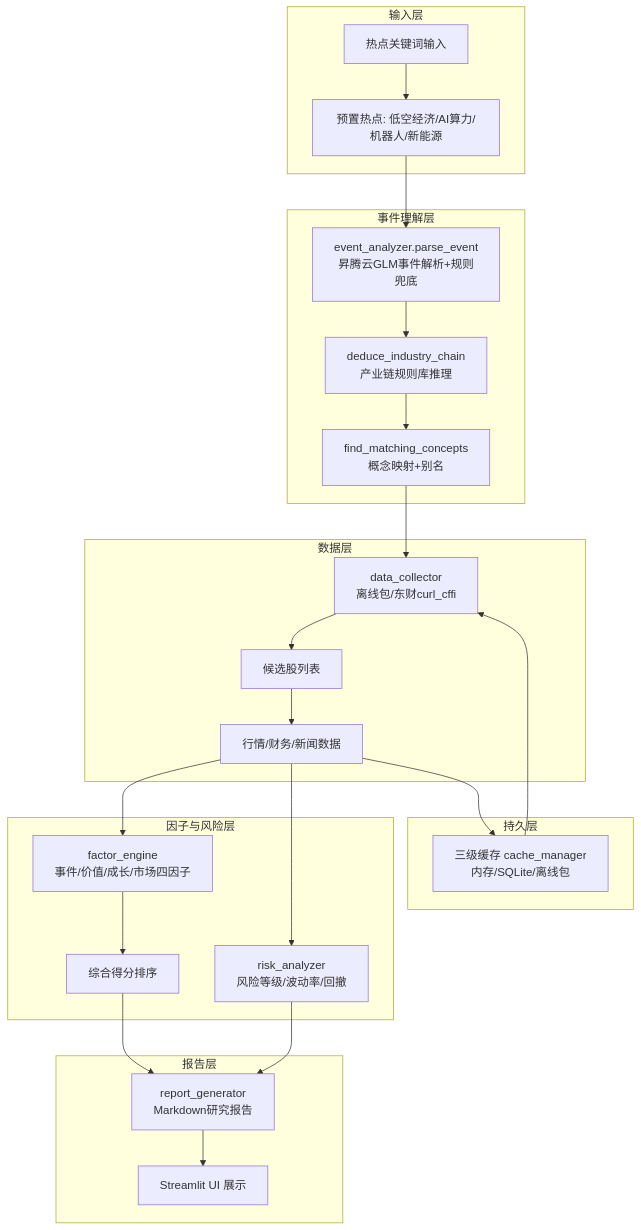
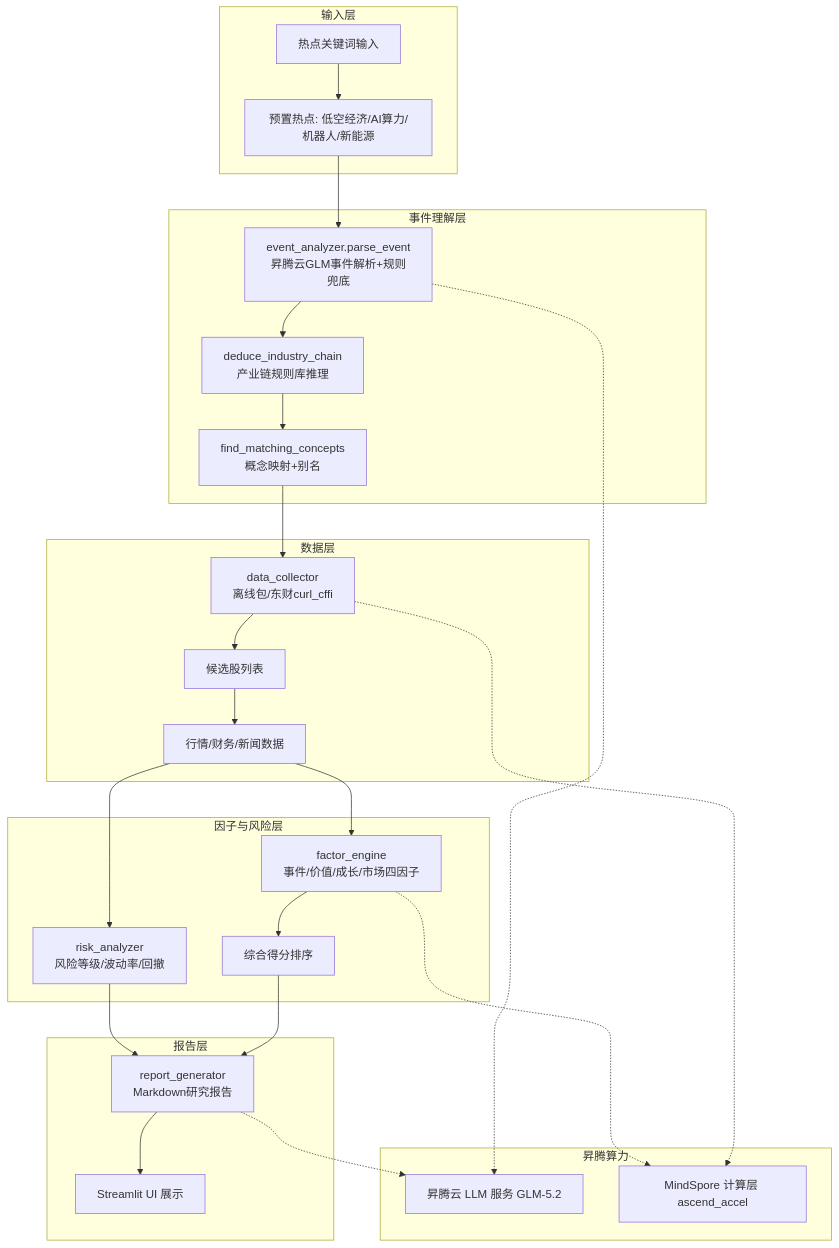
Before and after one commit to zhic436-stack/agent_finance: the diagram in README.md, drawn with Mermaid. The commit also changed other lines of this file and 1 other file, not shown here.

````diff
--- a/README.md
+++ b/README.md
@@ -13,35 +67,39 @@
 ```mermaid
 graph TB
     subgraph 输入层
         A[热点关键词输入] --> B[预置热点: 低空经济/AI算力/机器人/新能源]
     end
 
     subgraph 事件理解层
         B --> C[event_analyzer.parse_event<br/>昇腾云GLM事件解析+规则兜底]
         C --> D[deduce_industry_chain<br/>产业链规则库推理]
         D --> E[find_matching_concepts<br/>概念映射+别名]
     end
 
     subgraph 数据层
         E --> F[data_collector<br/>离线包/东财curl_cffi]
         F --> G[候选股列表]
         G --> H[行情/财务/新闻数据]
     end
 
     subgraph 因子与风险层
         H --> I[factor_engine<br/>事件/价值/成长/市场四因子]
         I --> J[综合得分排序]
         H --> K[risk_analyzer<br/>风险等级/波动率/回撤]
     end
 
     subgraph 报告层
         J --> L[report_generator<br/>Markdown研究报告]
         K --> L
         L --> M[Streamlit UI 展示]
     end
 
-    subgraph 持久层
-        H --> N[三级缓存 cache_manager<br/>内存/SQLite/离线包]
-        N --> F
+    subgraph 昇腾算力
+        N[昇腾云 LLM 服务 GLM-5.2]
+        O[MindSpore 计算层 ascend_accel]
     end
+    C -.-> N
+    L -.-> N
+    F -.-> O
+    I -.-> O
 ```
````
